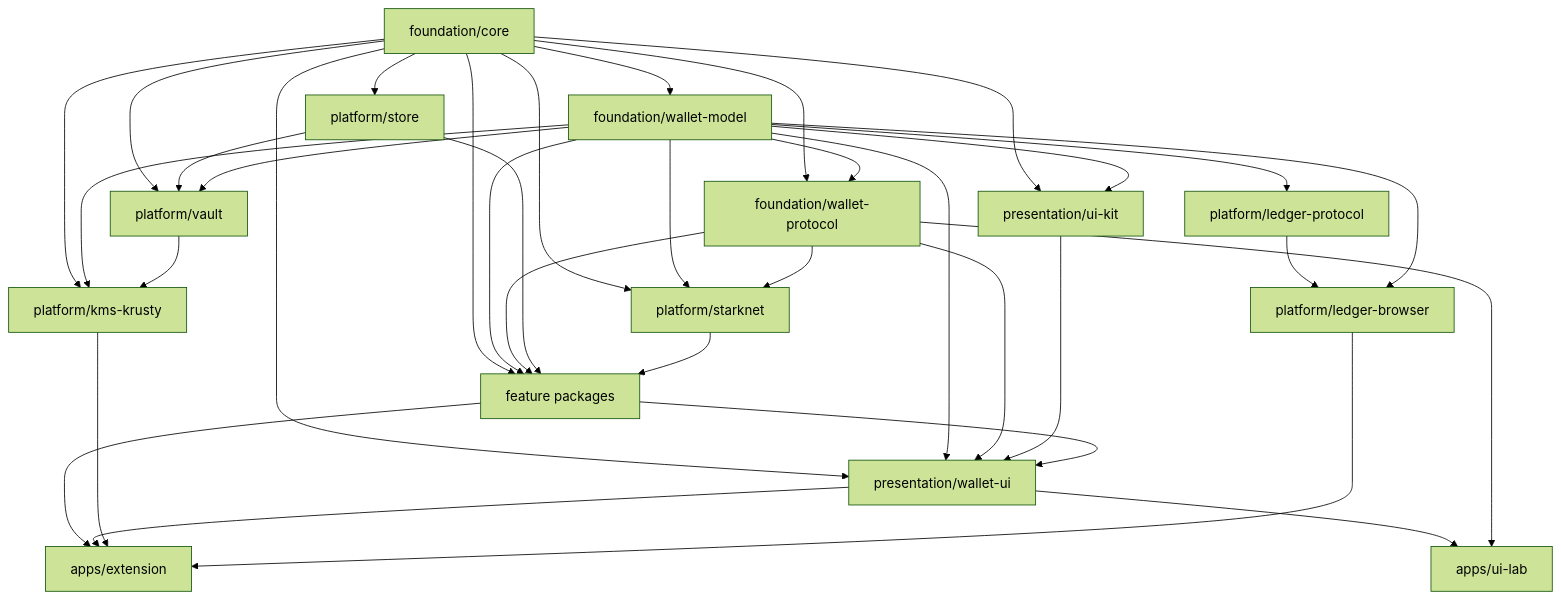
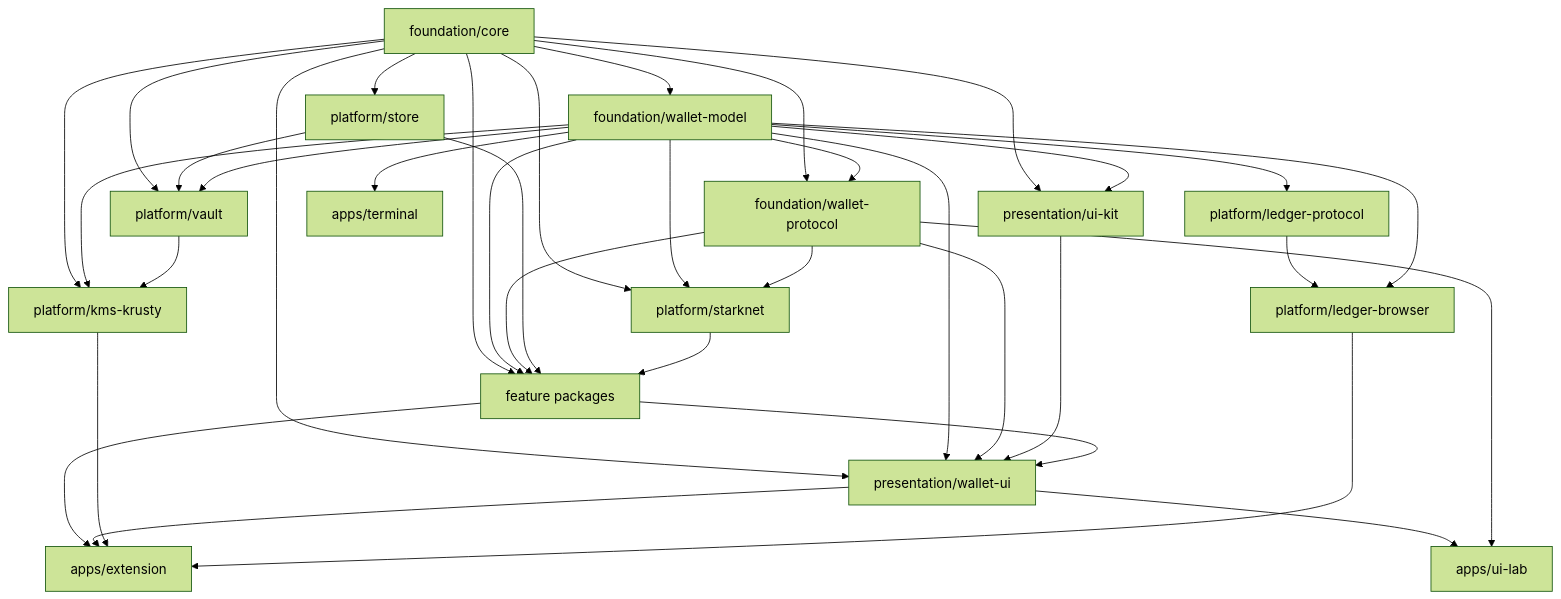
The diagram in docs/MODULAR_ARCHITECTURE.md (starknet-innovation/bramble), drawn with Mermaid (forest theme) before and after one commit. The commit also changed other lines of this file and 16 other files, not shown here.

````diff
--- a/docs/MODULAR_ARCHITECTURE.md
+++ b/docs/MODULAR_ARCHITECTURE.md
@@ -185,52 +185,54 @@
 ```mermaid
 flowchart TD
     core[foundation/core]
     model[foundation/wallet-model]
     protocol[foundation/wallet-protocol]
     store[platform/store]
     vault[platform/vault]
     kms[platform/kms-krusty]
     starknet[platform/starknet]
     ledgerProtocol[platform/ledger-protocol]
     ledgerBrowser[platform/ledger-browser]
     features[feature packages]
     ui[presentation/ui-kit]
     walletUi[presentation/wallet-ui]
     extension[apps/extension]
     lab[apps/ui-lab]
+    terminal[apps/terminal]
 
     core --> model
     core --> protocol
     model --> protocol
     core --> store
     core --> vault
     store --> vault
     model --> vault
     core --> kms
     model --> kms
     vault --> kms
     core --> starknet
     model --> starknet
     protocol --> starknet
     model --> ledgerProtocol
     ledgerProtocol --> ledgerBrowser
     model --> ledgerBrowser
     core --> features
     model --> features
     protocol --> features
     store --> features
     starknet --> features
     core --> ui
     model --> ui
     core --> walletUi
     model --> walletUi
     protocol --> walletUi
     ui --> walletUi
     features --> walletUi
     features --> extension
     walletUi --> extension
     kms --> extension
     ledgerBrowser --> extension
     walletUi --> lab
     protocol --> lab
+    model --> terminal
 ```
````
